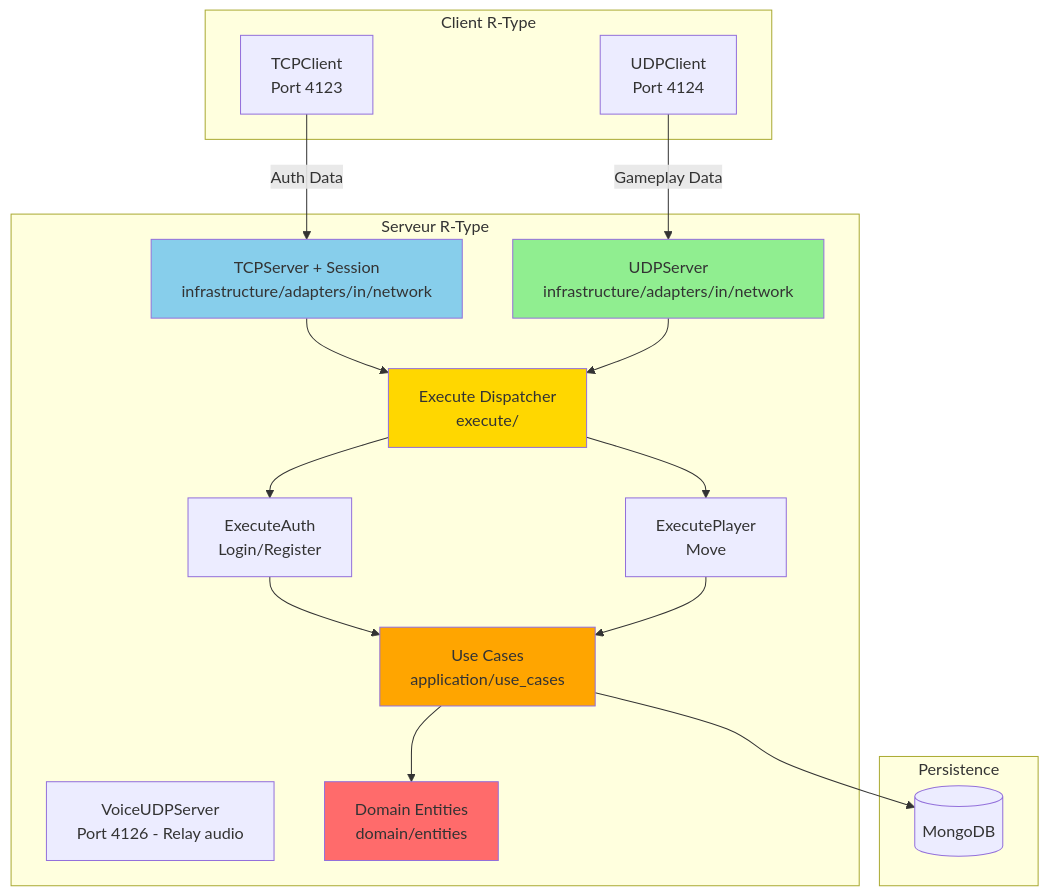
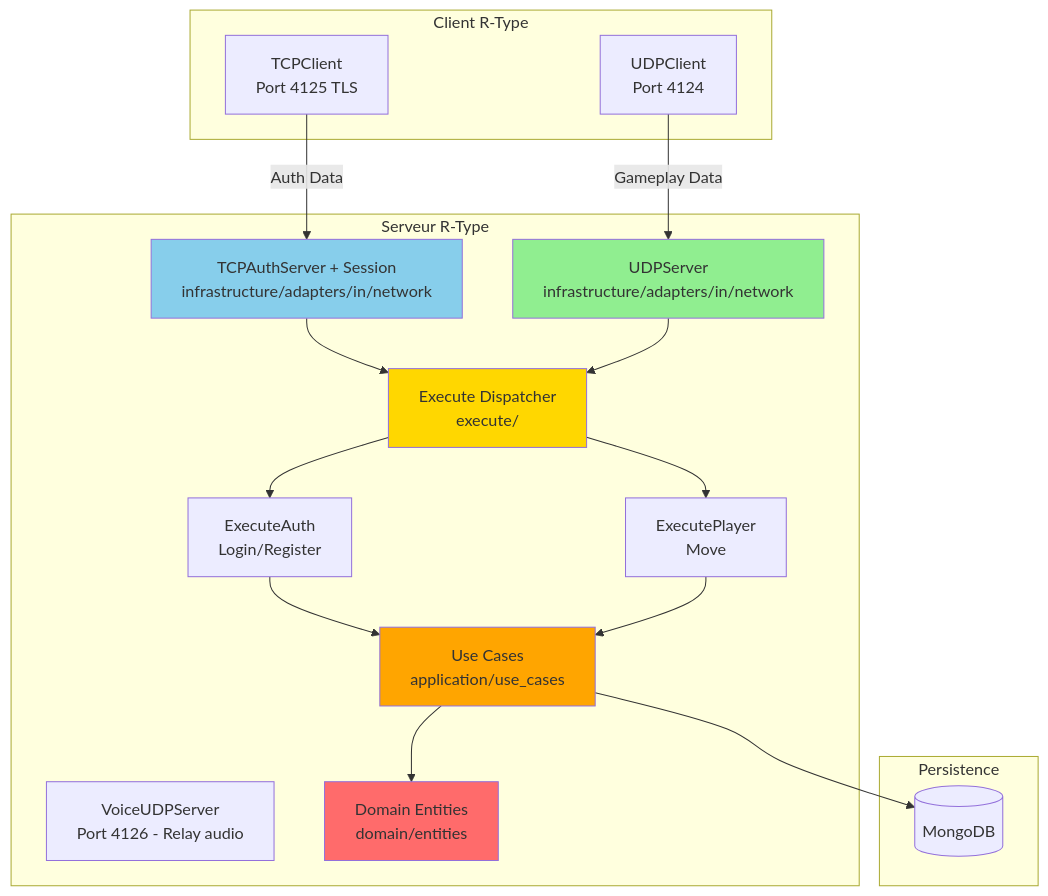
The first of 4 diagrams in docs/guides/network-architecture.md (ChrisG-L/rtype), drawn with Mermaid before and after one commit. The commit also changed other lines of this file and 38 other files, not shown here.

````diff
--- a/docs/guides/network-architecture.md
+++ b/docs/guides/network-architecture.md
@@ -25,39 +25,39 @@
 ```mermaid
 graph TB
     subgraph "Client R-Type"
-        CT[TCPClient<br/>Port 4123]
+        CT[TCPClient<br/>Port 4125 TLS]
         CU[UDPClient<br/>Port 4124]
     end
 
     subgraph "Serveur R-Type"
-        TCP[TCPServer + Session<br/>infrastructure/adapters/in/network]
+        TCP[TCPAuthServer + Session<br/>infrastructure/adapters/in/network]
         UDP[UDPServer<br/>infrastructure/adapters/in/network]
         VOICE[VoiceUDPServer<br/>Port 4126 - Relay audio]
         EX[Execute Dispatcher<br/>execute/]
         EA[ExecuteAuth<br/>Login/Register]
         EP[ExecutePlayer<br/>Move]
         UC[Use Cases<br/>application/use_cases]
         DOM[Domain Entities<br/>domain/entities]
     end
 
     subgraph "Persistence"
         MONGO[(MongoDB)]
     end
 
     CT -->|Auth Data| TCP
     CU -->|Gameplay Data| UDP
     TCP --> EX
     UDP --> EX
     EX --> EA
     EX --> EP
     EA --> UC
     EP --> UC
     UC --> DOM
     UC --> MONGO
 
     style TCP fill:#87CEEB
     style UDP fill:#90EE90
     style EX fill:#FFD700
     style UC fill:#FFA500
     style DOM fill:#FF6B6B
 ```
````
